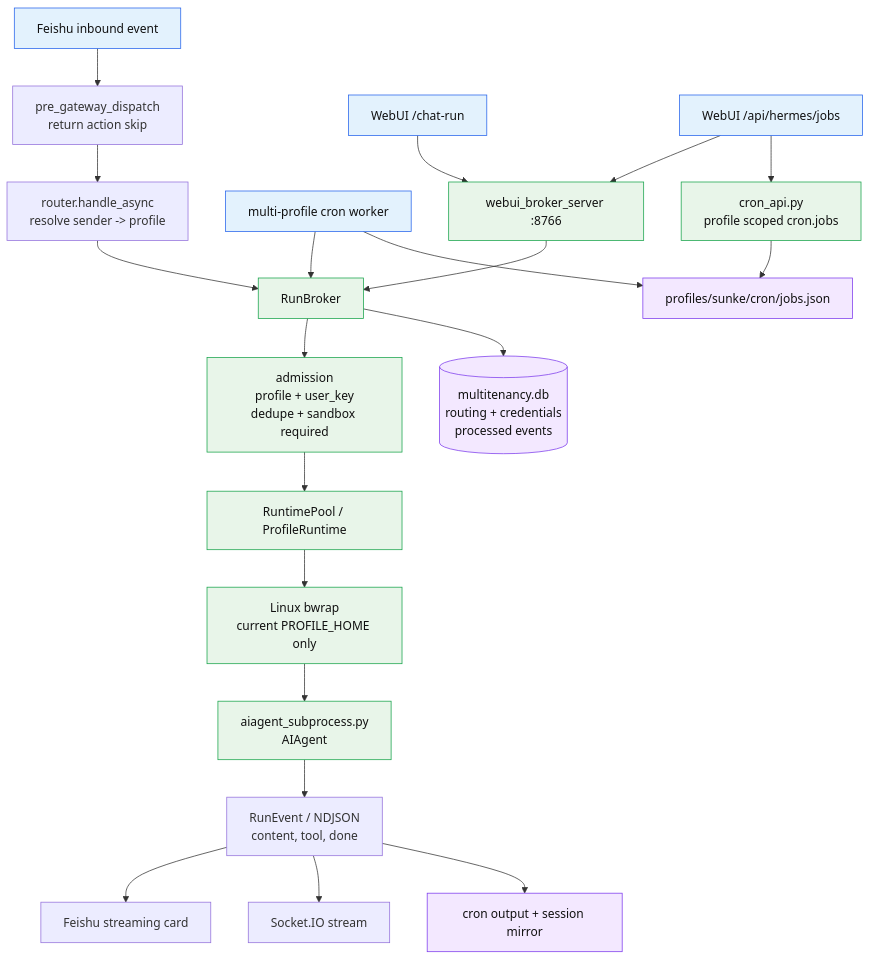
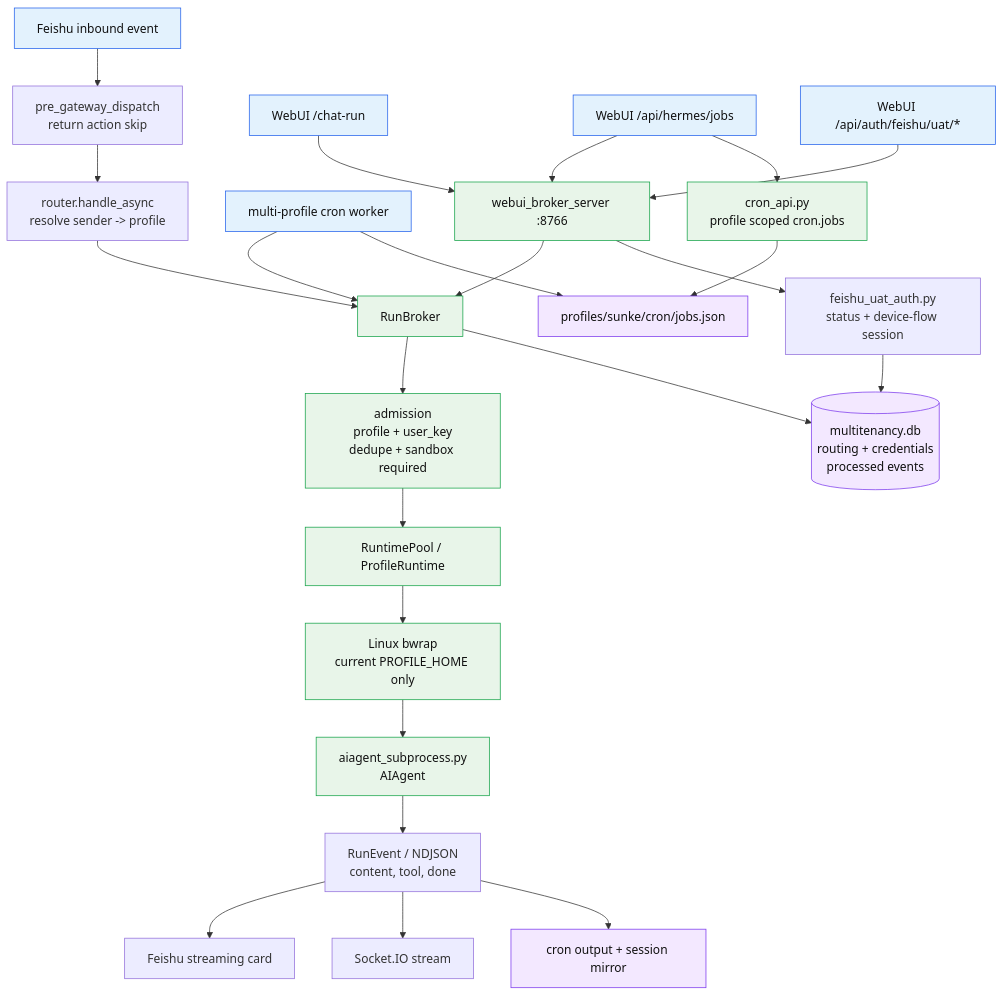
The first of 3 diagrams in ARCHITECTURE-GUIDE.md (eggyrooch-blip/hermes-multitenancy), drawn with Mermaid before and after one commit. The commit also changed other lines of this file and 4 other files, not shown here.

Commit message:
feat(webui): add Feishu UAT ensure API

````diff
--- a/ARCHITECTURE-GUIDE.md
+++ b/ARCHITECTURE-GUIDE.md
@@ -68,29 +73,32 @@
 ```mermaid
 flowchart TB
     Feishu["Feishu inbound event"] --> Hook["pre_gateway_dispatch<br/>return action skip"]
     WebUIRun["WebUI /chat-run"] --> Sidecar["webui_broker_server :8766"]
     WebUIJobs["WebUI /api/hermes/jobs"] --> Sidecar
+    WebUIUAT["WebUI /api/auth/feishu/uat/*"] --> Sidecar
     Cron["multi-profile cron worker"] --> Broker["RunBroker"]
     Sidecar --> Broker
     Hook --> Route["router.handle_async<br/>resolve sender -> profile"]
     Route --> Broker
     WebUIJobs --> JobsAPI["cron_api.py<br/>profile scoped cron.jobs"]
     JobsAPI --> JobsFile["profiles/sunke/cron/jobs.json"]
     Cron --> JobsFile
     Broker --> Policy["admission<br/>profile + user_key<br/>dedupe + sandbox required"]
     Policy --> Pool["RuntimePool / ProfileRuntime"]
     Pool --> Bwrap["Linux bwrap<br/>current PROFILE_HOME only"]
     Bwrap --> Subprocess["aiagent_subprocess.py<br/>AIAgent"]
     Subprocess --> Events["RunEvent / NDJSON<br/>content, tool, done"]
     Events --> FeishuOut["Feishu streaming card"]
     Events --> WebUIOut["Socket.IO stream"]
     Events --> Output["cron output + session mirror"]
+    Sidecar --> UATAuth["feishu_uat_auth.py<br/>status + device-flow session"]
+    UATAuth --> Creds
     Broker --> Creds[("multitenancy.db<br/>routing + credentials<br/>processed events")]
 
     classDef main fill:#e8f5e9,stroke:#16a34a,color:#111
     classDef input fill:#e3f2fd,stroke:#2563eb,color:#111
     classDef data fill:#f3e8ff,stroke:#7c3aed,color:#111
     class Broker,Policy,Pool,Bwrap,Subprocess,Sidecar,JobsAPI main
-    class Feishu,WebUIRun,WebUIJobs,Cron input
+    class Feishu,WebUIRun,WebUIJobs,WebUIUAT,Cron input
     class JobsFile,Creds,Output data
 ```
````
